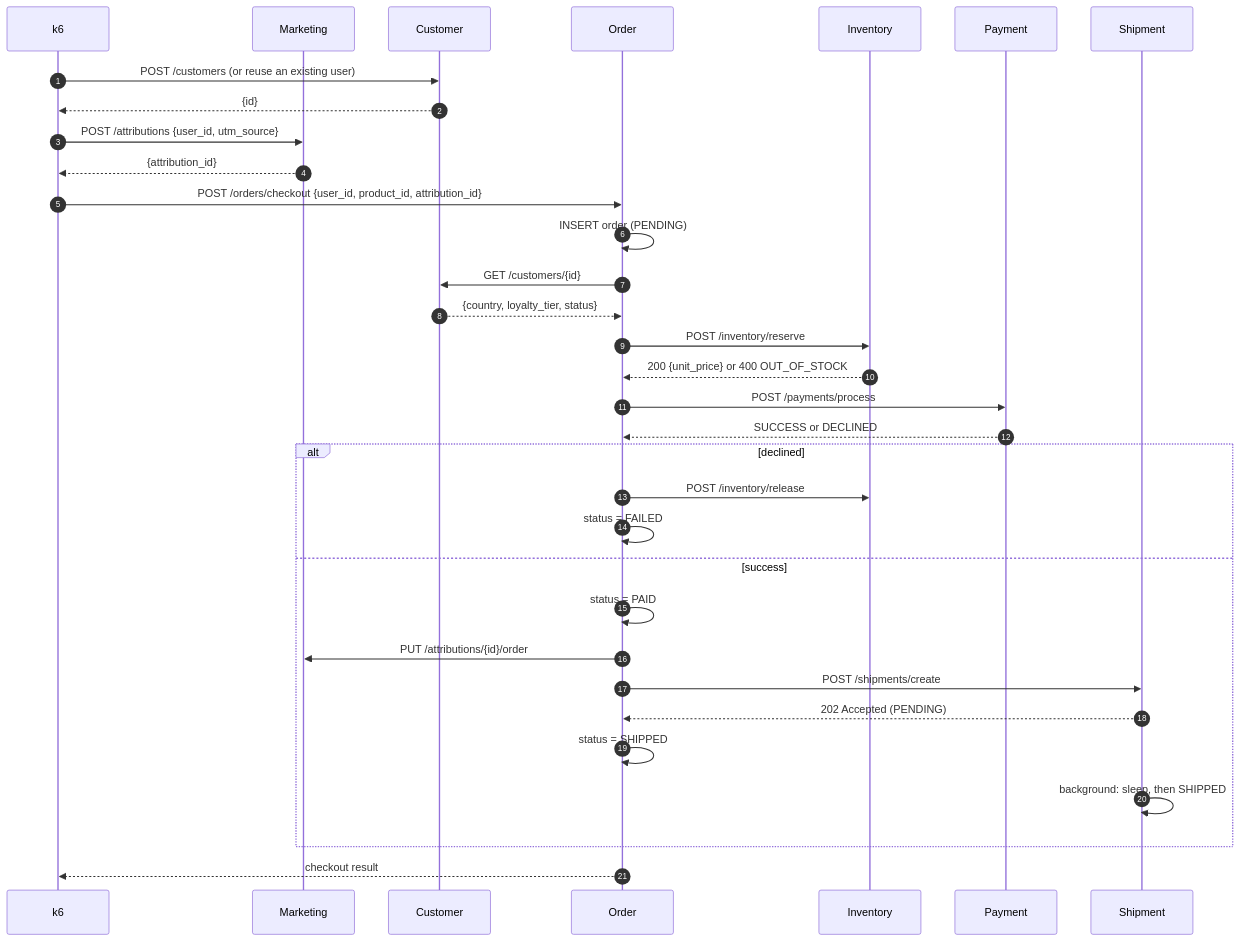
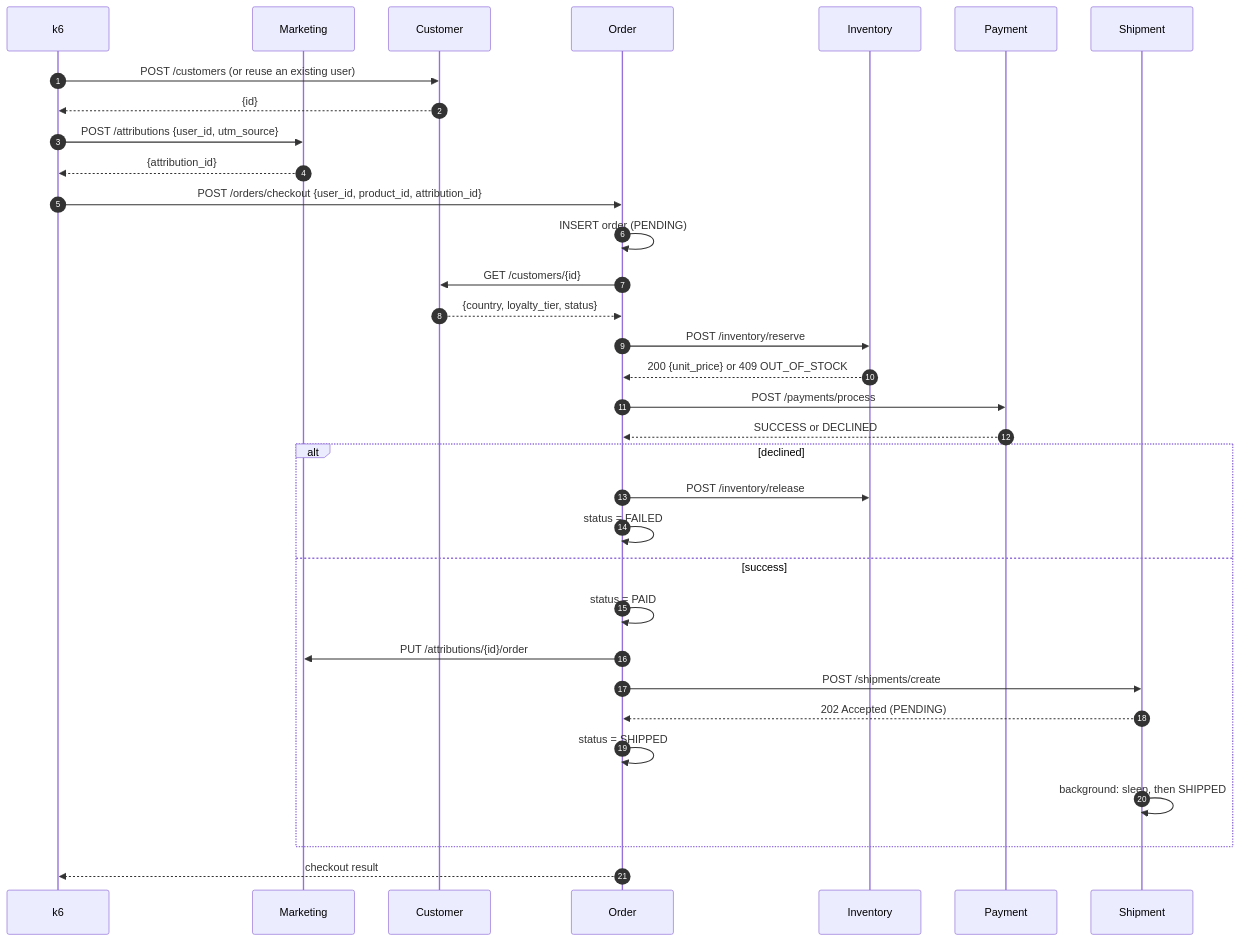
One commit to poph2/datastack changed the second of 2 diagrams in docs/microservices/README.md. Above: the diagram before and after it, drawn with Mermaid. The commit also changed other lines of this file and 21 other files, not shown here.

````diff
--- a/docs/microservices/README.md
+++ b/docs/microservices/README.md
@@ -96,36 +96,36 @@
 ```mermaid
 sequenceDiagram
   autonumber
   participant k6
   participant M as Marketing
   participant C as Customer
   participant O as Order
   participant I as Inventory
   participant P as Payment
   participant S as Shipment
 
   k6->>C: POST /customers (or reuse an existing user)
   C-->>k6: {id}
   k6->>M: POST /attributions {user_id, utm_source}
   M-->>k6: {attribution_id}
   k6->>O: POST /orders/checkout {user_id, product_id, attribution_id}
   O->>O: INSERT order (PENDING)
   O->>C: GET /customers/{id}
   C-->>O: {country, loyalty_tier, status}
   O->>I: POST /inventory/reserve
-  I-->>O: 200 {unit_price} or 400 OUT_OF_STOCK
+  I-->>O: 200 {unit_price} or 409 OUT_OF_STOCK
   O->>P: POST /payments/process
   P-->>O: SUCCESS or DECLINED
   alt declined
     O->>I: POST /inventory/release
     O->>O: status = FAILED
   else success
     O->>O: status = PAID
     O->>M: PUT /attributions/{id}/order
     O->>S: POST /shipments/create
     S-->>O: 202 Accepted (PENDING)
     O->>O: status = SHIPPED
     S->>S: background: sleep, then SHIPPED
   end
   O-->>k6: checkout result
 ```
````
